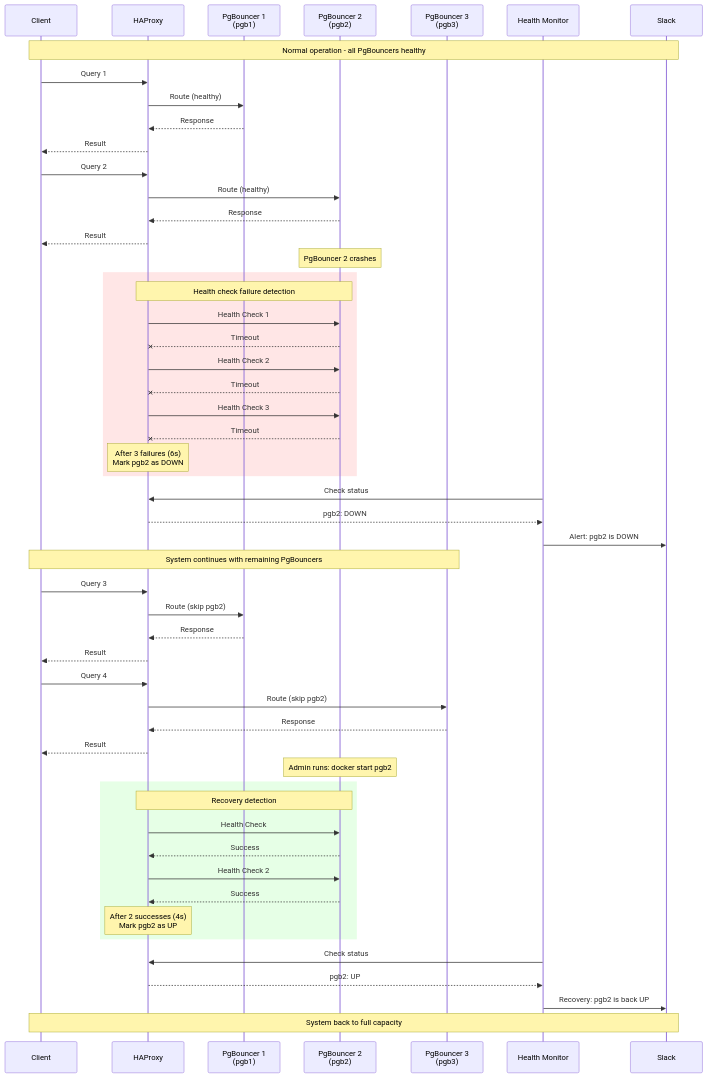
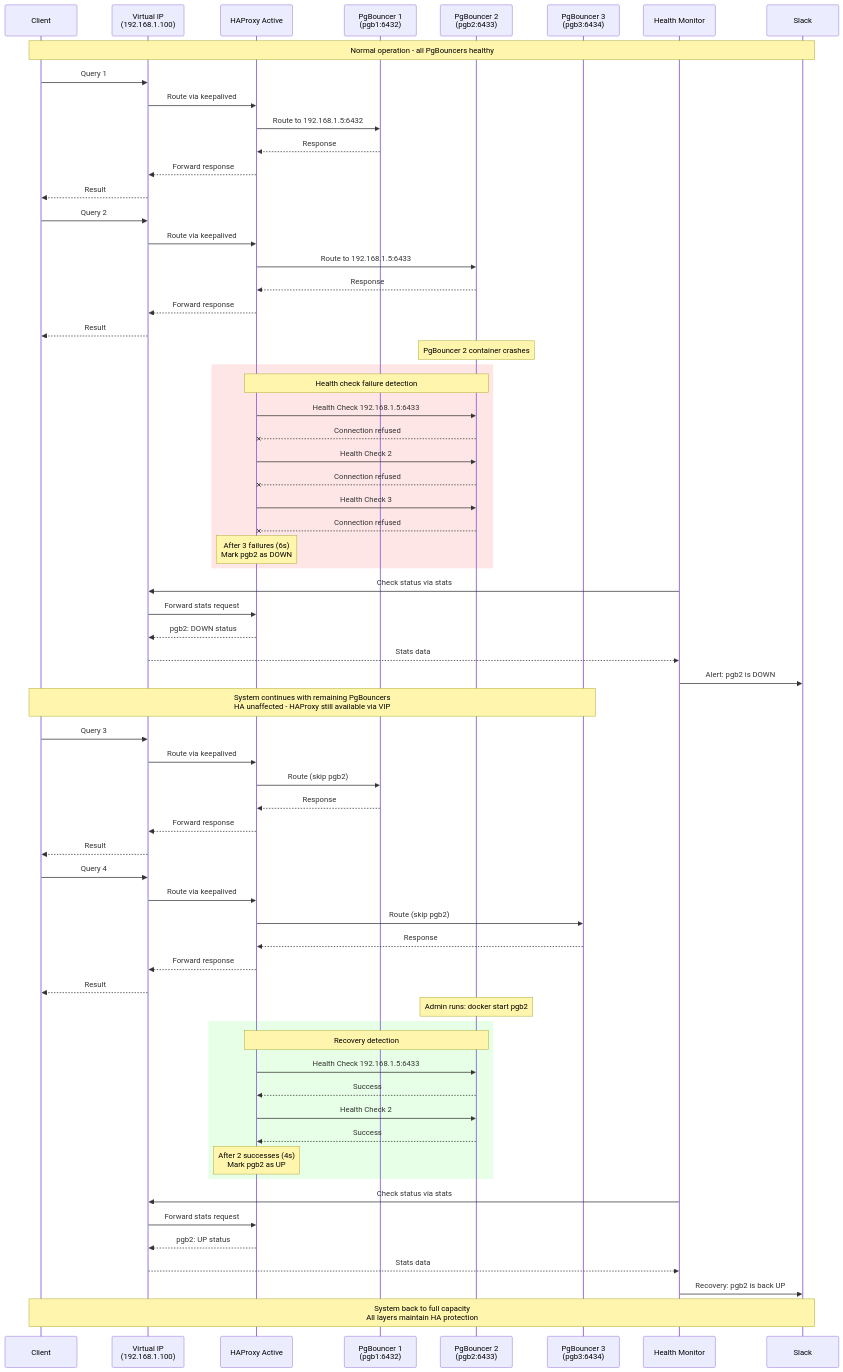
One commit to RutamBhagat/haproxy changed the third of 4 diagrams in apps/server/docs/sequence-diagram.md. Above: the diagram before and after it, drawn with Mermaid. The commit also changed other lines of this file, not shown here.

Commit message:
refactor: update sequence diagrams for HAProxy and PgBouncer with VIP routing and health monitoring

````diff
--- a/apps/server/docs/sequence-diagram.md
+++ b/apps/server/docs/sequence-diagram.md
@@ -105,64 +123,75 @@
 ```mermaid
 sequenceDiagram
     participant Client as Client
-    participant HAProxy as HAProxy
-    participant PGB1 as PgBouncer 1<br/>(pgb1)
-    participant PGB2 as PgBouncer 2<br/>(pgb2)
-    participant PGB3 as PgBouncer 3<br/>(pgb3)
+    participant VIP as Virtual IP<br/>(192.168.1.100)
+    participant HAProxy as HAProxy Active
+    participant PGB1 as PgBouncer 1<br/>(pgb1:6432)
+    participant PGB2 as PgBouncer 2<br/>(pgb2:6433)
+    participant PGB3 as PgBouncer 3<br/>(pgb3:6434)
     participant Monitor as Health Monitor
     participant Slack as Slack
 
     Note over Client,Slack: Normal operation - all PgBouncers healthy
 
-    Client->>HAProxy: Query 1
-    HAProxy->>PGB1: Route (healthy)
+    Client->>VIP: Query 1
+    VIP->>HAProxy: Route via keepalived
+    HAProxy->>PGB1: Route to 192.168.1.5:6432
     PGB1-->>HAProxy: Response
-    HAProxy-->>Client: Result
+    HAProxy-->>VIP: Forward response
+    VIP-->>Client: Result
 
-    Client->>HAProxy: Query 2
-    HAProxy->>PGB2: Route (healthy)
+    Client->>VIP: Query 2
+    VIP->>HAProxy: Route via keepalived
+    HAProxy->>PGB2: Route to 192.168.1.5:6433
     PGB2-->>HAProxy: Response
-    HAProxy-->>Client: Result
+    HAProxy-->>VIP: Forward response
+    VIP-->>Client: Result
 
-    Note over PGB2: PgBouncer 2 crashes
+    Note over PGB2: PgBouncer 2 container crashes
 
     rect rgb(255, 230, 230)
         Note over HAProxy,PGB2: Health check failure detection
         
-        HAProxy->>PGB2: Health Check 1
-        PGB2--xHAProxy: Timeout
+        HAProxy->>PGB2: Health Check 192.168.1.5:6433
+        PGB2--xHAProxy: Connection refused
         
         HAProxy->>PGB2: Health Check 2
-        PGB2--xHAProxy: Timeout
+        PGB2--xHAProxy: Connection refused
         
         HAProxy->>PGB2: Health Check 3
-        PGB2--xHAProxy: Timeout
+        PGB2--xHAProxy: Connection refused
         
         Note over HAProxy: After 3 failures (6s)<br/>Mark pgb2 as DOWN
     end
 
-    Monitor->>HAProxy: Check status
-    HAProxy-->>Monitor: pgb2: DOWN
+    Monitor->>VIP: Check status via stats
+    VIP->>HAProxy: Forward stats request
+    HAProxy-->>VIP: pgb2: DOWN status
+    VIP-->>Monitor: Stats data
     Monitor->>Slack: Alert: pgb2 is DOWN
 
-    Note over Client,PGB3: System continues with remaining PgBouncers
+    Note over Client,PGB3: System continues with remaining PgBouncers<br/>HA unaffected - HAProxy still available via VIP
 
-    Client->>HAProxy: Query 3
+    Client->>VIP: Query 3
+    VIP->>HAProxy: Route via keepalived
     HAProxy->>PGB1: Route (skip pgb2)
     PGB1-->>HAProxy: Response
-    HAProxy-->>Client: Result
+    HAProxy-->>VIP: Forward response
+    VIP-->>Client: Result
 
-    Client->>HAProxy: Query 4
+    Client->>VIP: Query 4
+    VIP->>HAProxy: Route via keepalived
     HAProxy->>PGB3: Route (skip pgb2)
     PGB3-->>HAProxy: Response
-    HAProxy-->>Client: Result
+    HAProxy-->>VIP: Forward response
+    VIP-->>Client: Result
 
     Note over PGB2: Admin runs: docker start pgb2
 
     rect rgb(230, 255, 230)
         Note over HAProxy,PGB2: Recovery detection
         
-        HAProxy->>PGB2: Health Check
+        HAProxy->>PGB2: Health Check 192.168.1.5:6433
         PGB2-->>HAProxy: Success
         
         HAProxy->>PGB2: Health Check 2
@@ -171,9 +200,11 @@
         Note over HAProxy: After 2 successes (4s)<br/>Mark pgb2 as UP
     end
 
-    Monitor->>HAProxy: Check status
-    HAProxy-->>Monitor: pgb2: UP
+    Monitor->>VIP: Check status via stats
+    VIP->>HAProxy: Forward stats request
+    HAProxy-->>VIP: pgb2: UP status
+    VIP-->>Monitor: Stats data
     Monitor->>Slack: Recovery: pgb2 is back UP
 
-    Note over Client,Slack: System back to full capacity
+    Note over Client,Slack: System back to full capacity<br/>All layers maintain HA protection
 ```
````
